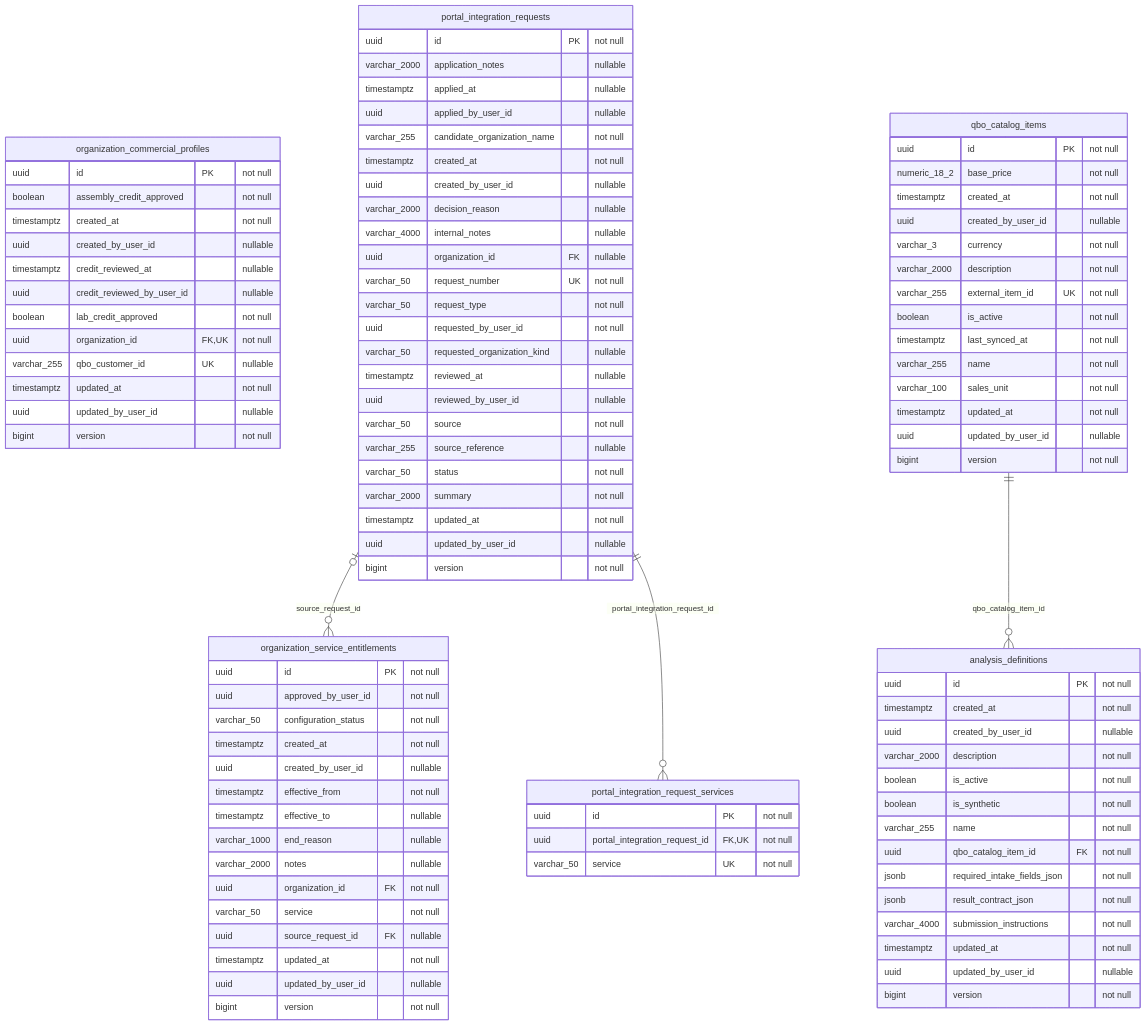
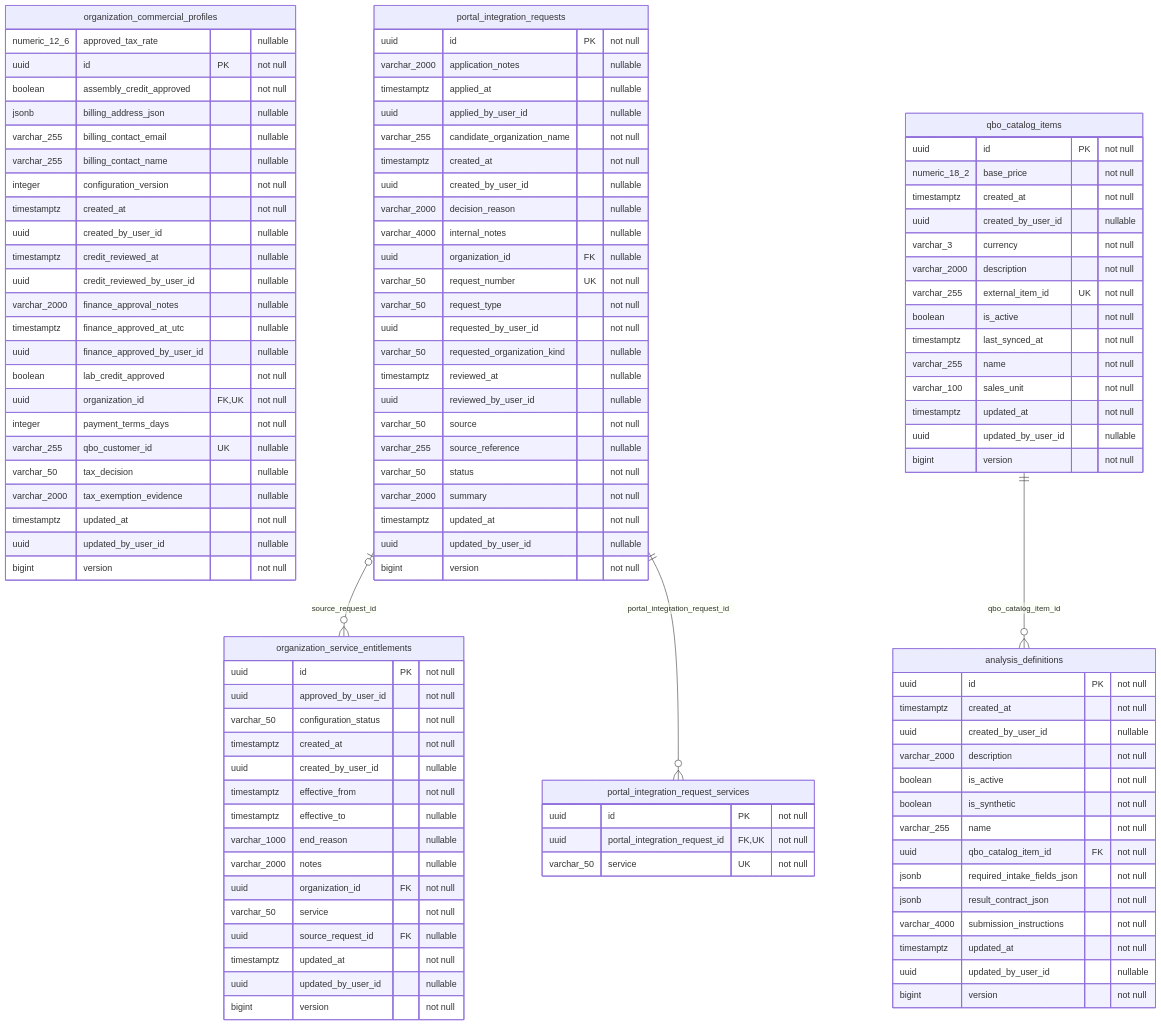
Before and after one commit to behaack/phaeno-ops-mgmt-system: the fourth of 18 diagrams in docs/database-erd.md, drawn with Mermaid. The commit also changed other lines of this file and 108 other files, not shown here.

```diff
--- a/docs/database-erd.md
+++ b/docs/database-erd.md
@@ -145,15 +207,26 @@
         bigint version "not null"
     }
     organization_commercial_profiles {
+        numeric_12_6 approved_tax_rate "nullable"
         uuid id PK "not null"
         boolean assembly_credit_approved "not null"
+        jsonb billing_address_json "nullable"
+        varchar_255 billing_contact_email "nullable"
+        varchar_255 billing_contact_name "nullable"
+        integer configuration_version "not null"
         timestamptz created_at "not null"
         uuid created_by_user_id "nullable"
         timestamptz credit_reviewed_at "nullable"
         uuid credit_reviewed_by_user_id "nullable"
+        varchar_2000 finance_approval_notes "nullable"
+        timestamptz finance_approved_at_utc "nullable"
+        uuid finance_approved_by_user_id "nullable"
         boolean lab_credit_approved "not null"
         uuid organization_id FK,UK "not null"
+        integer payment_terms_days "not null"
         varchar_255 qbo_customer_id UK "nullable"
+        varchar_50 tax_decision "nullable"
+        varchar_2000 tax_exemption_evidence "nullable"
         timestamptz updated_at "not null"
         uuid updated_by_user_id "nullable"
         bigint version "not null"
```
